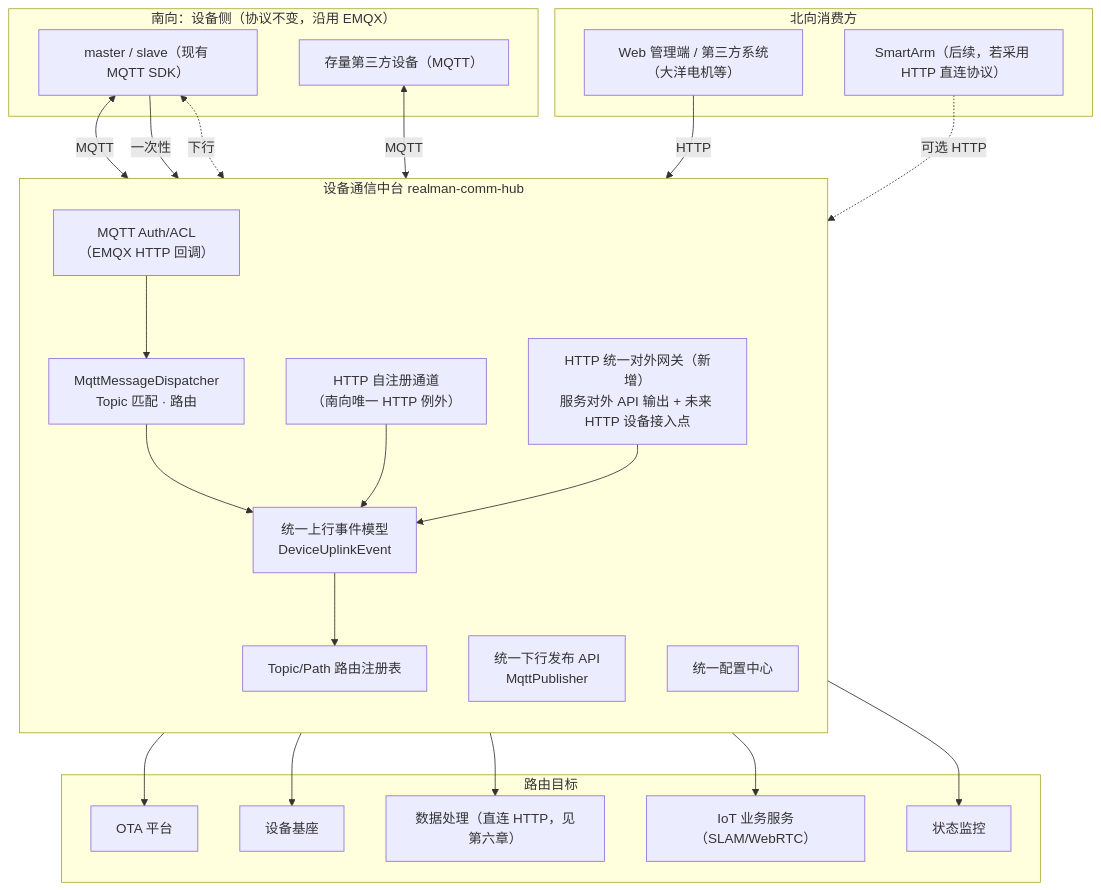
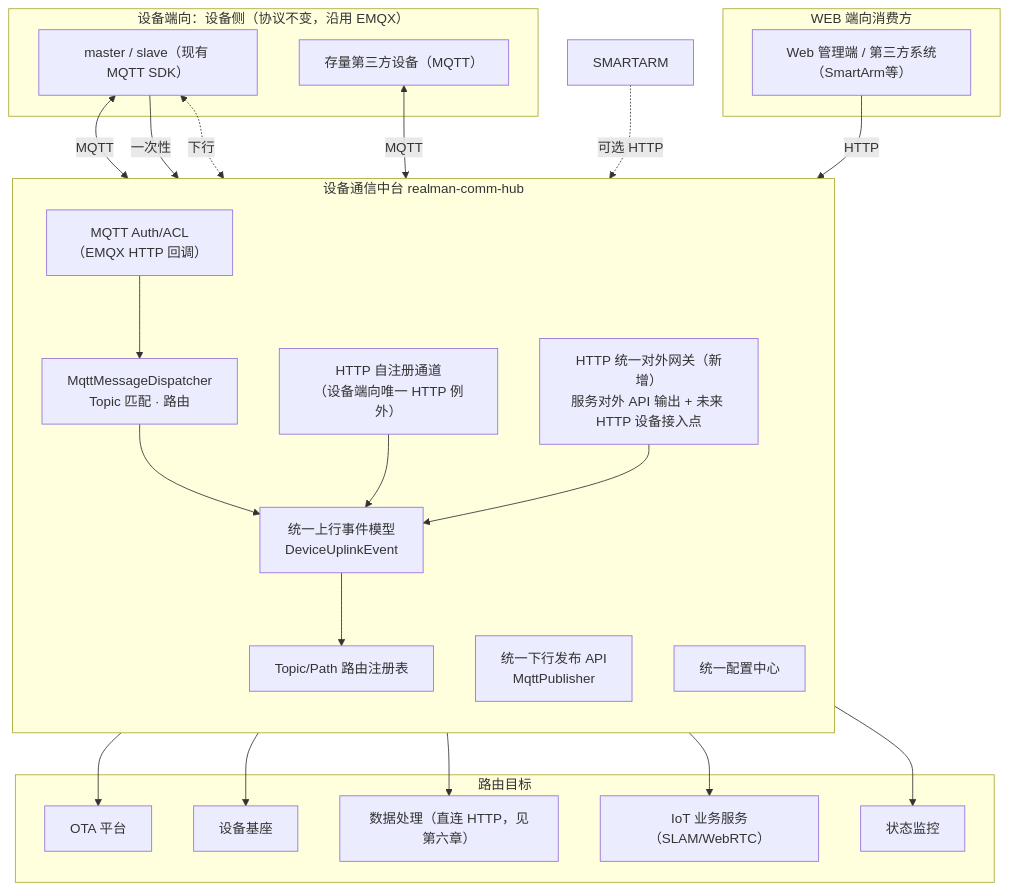
The diagram in docs/design/2026-07-08-device-comm-hub-detailed-design.md (zhenyue2021/realman), drawn with Mermaid before and after one commit. The commit also changed other lines of this file, not shown here.

````diff
--- a/docs/design/2026-07-08-device-comm-hub-detailed-design.md
+++ b/docs/design/2026-07-08-device-comm-hub-detailed-design.md
@@ -25,47 +25,46 @@
 ```mermaid
 flowchart TB
-  subgraph south["南向：设备侧（协议不变，沿用 EMQX）"]
+  subgraph south["设备端向：设备侧（协议不变，沿用 EMQX）"]
     DEV_MS["master / slave（现有 MQTT SDK）"]
     DEV_3RD["存量第三方设备（MQTT）"]
   end
 
   subgraph hub["设备通信中台 realman-comm-hub"]
     direction TB
     AUTH["MQTT Auth/ACL\n（EMQX HTTP 回调）"]
     DISPATCH["MqttMessageDispatcher\nTopic 匹配 · 路由"]
     PUB["统一下行发布 API\nMqttPublisher"]
-    PROVISION["HTTP 自注册通道\n（南向唯一 HTTP 例外）"]
+    PROVISION["HTTP 自注册通道\n（设备端向唯一 HTTP 例外）"]
     NORM["统一上行事件模型\nDeviceUplinkEvent"]
     GW["HTTP 统一对外网关（新增）\n服务对外 API 输出 + 未来 HTTP 设备接入点"]
     ROUTE["Topic/Path 路由注册表"]
     CFG["统一配置中心"]
 
     AUTH --> DISPATCH
     DISPATCH --> NORM
     PROVISION --> NORM
     GW --> NORM
     NORM --> ROUTE
   end
 
-  subgraph north["北向消费方"]
-    ADMIN["Web 管理端 / 第三方系统（大洋电机等）"]
-    SMARTARM["SmartArm（后续，若采用 HTTP 直连协议）"]
+  subgraph north["WEB 端向消费方"]
+    ADMIN["Web 管理端 / 第三方系统（SmartArm等）"]
   end
 
   subgraph consumers["路由目标"]
     OTAP["OTA 平台"]
     DEVMGMT["设备基座"]
     DP["数据处理（直连 HTTP，见第六章）"]
     IOT["IoT 业务服务（SLAM/WebRTC）"]
     MON["状态监控"]
   end
 
   DEV_MS <-->|MQTT| AUTH
   DEV_MS -->|一次性| PROVISION
   DEV_3RD <-->|MQTT| AUTH
   ADMIN -->|HTTP| GW
   SMARTARM -.可选 HTTP.-> GW
 
   DEV_MS <-.下行.-> PUB
   ROUTE --> OTAP & DEVMGMT & DP & IOT & MON
 ```
````
